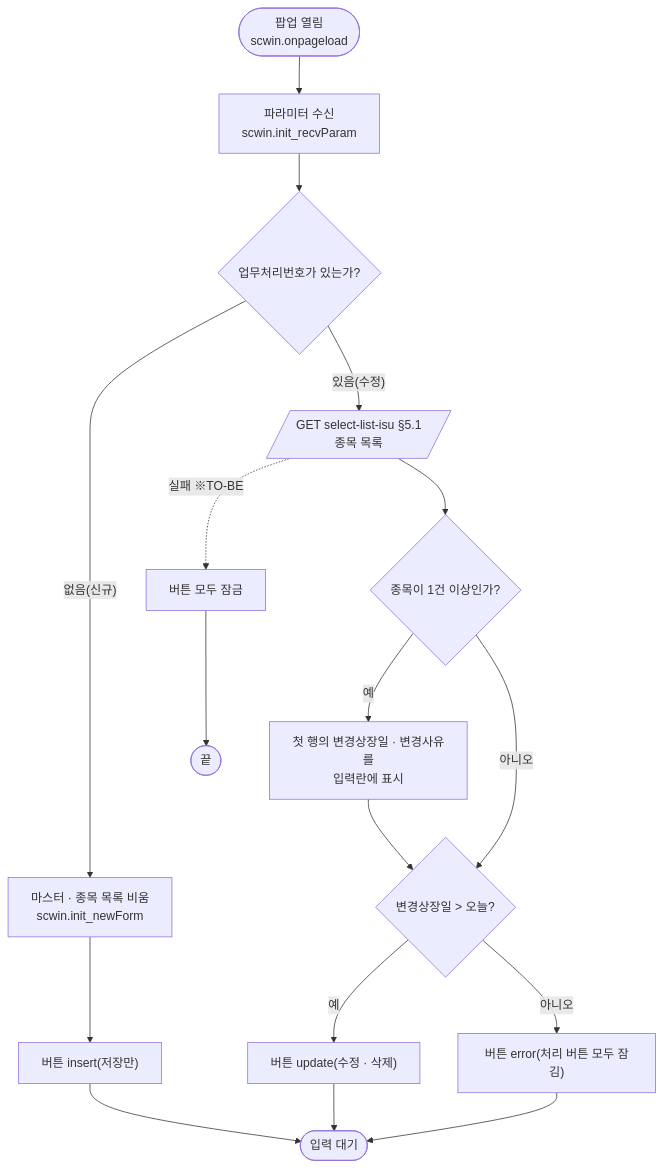
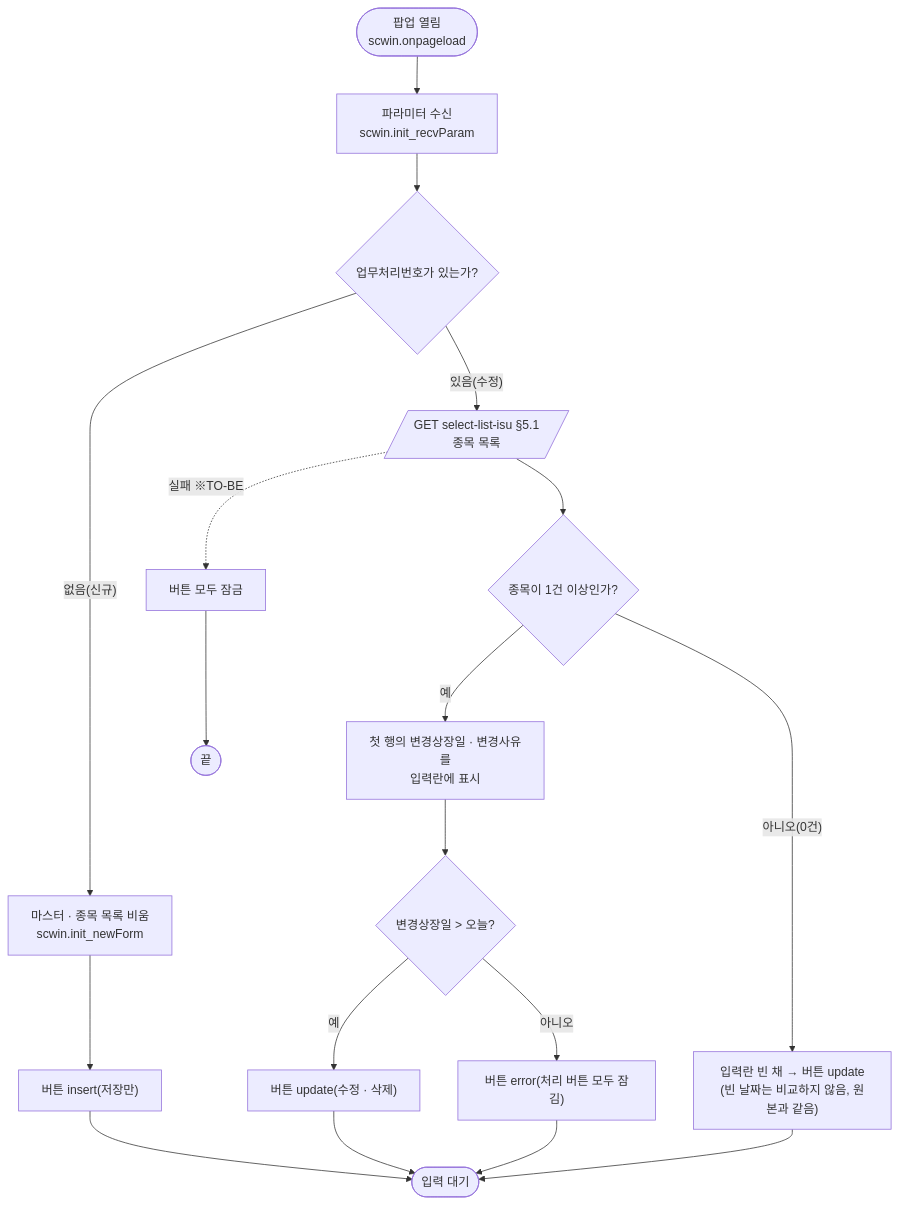
One commit to jcpark-alt/KRX_CRAFT changed the second of 9 diagrams in conversion/gfm-front/ui/ULDSTF05911/ULDSTF05911.md. Above: the diagram before and after it, drawn with Mermaid. The commit also changed other lines of this file and 2 other files, not shown here.

````diff
--- a/conversion/gfm-front/ui/ULDSTF05911/ULDSTF05911.md
+++ b/conversion/gfm-front/ui/ULDSTF05911/ULDSTF05911.md
@@ -96,15 +96,15 @@
 ```mermaid
 flowchart TD
     S(["팝업 열림<br/>scwin.onpageload"]) --> P["파라미터 수신<br/>scwin.init_recvParam"]
     P --> B{"업무처리번호가 있는가?"}
     B -- "없음(신규)" --> N1["마스터 · 종목 목록 비움<br/>scwin.init_newForm"]
     N1 --> N2["버튼 insert(저장만)"] --> E1(["입력 대기"])
     B -- "있음(수정)" --> U1[/"GET select-list-isu §5.1<br/>종목 목록"/]
     U1 -. "실패 ※TO-BE" .-> U3["버튼 모두 잠금"] --> E2(["끝"])
     U1 --> U2{"종목이 1건 이상인가?"}
     U2 -- "예" --> U4["첫 행의 변경상장일 · 변경사유를<br/>입력란에 표시"]
-    U2 -- "아니오" --> U5
+    U2 -- "아니오(0건)" --> U8["입력란 빈 채 → 버튼 update<br/>(빈 날짜는 비교하지 않음, 원본과 같음)"] --> E1
     U4 --> U5{"변경상장일 > 오늘?"}
     U5 -- "예" --> U6["버튼 update(수정 · 삭제)"] --> E1
     U5 -- "아니오" --> U7["버튼 error(처리 버튼 모두 잠김)"] --> E1
 ```
````
